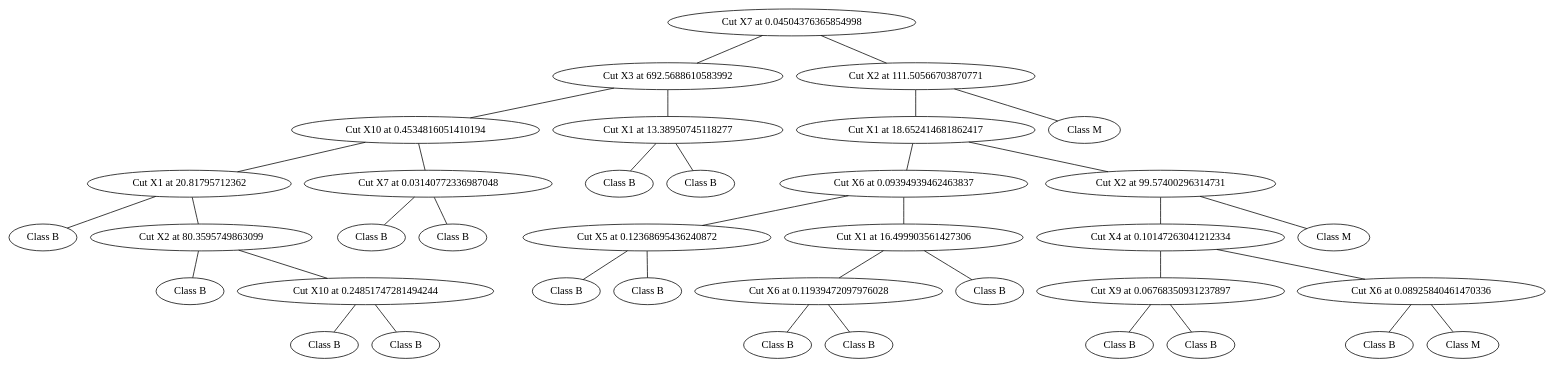
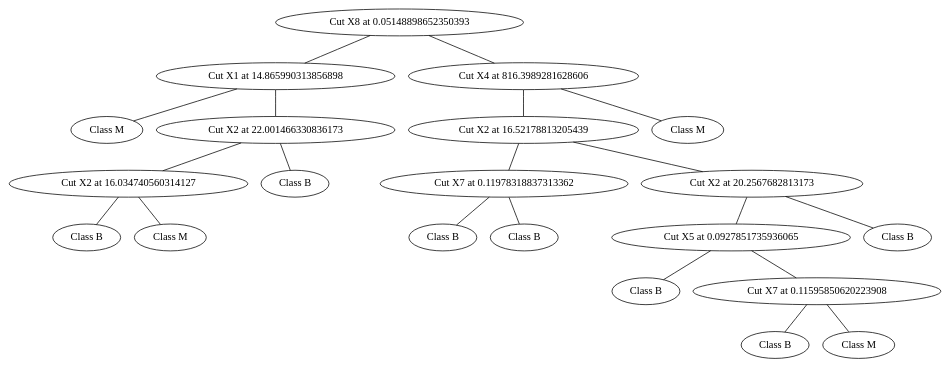
The diagram in tree.gv (realTaiYang/decision_tree), drawn with Graphviz before and after one commit. The commit also changed 3 other files, not shown here.

```diff
--- a/tree.gv
+++ b/tree.gv
@@ -1,76 +1,44 @@
 // Decision Tree
 graph {
-	1 [label="Cut X7 at 0.04504376365854998"]
-	2 [label="Cut X3 at 692.5688610583992"]
-	4 [label="Cut X10 at 0.4534816051410194"]
-	8 [label="Cut X1 at 20.81795712362"]
-	16 [label="Class B"]
-	17 [label="Cut X2 at 80.3595749863099"]
-	34 [label="Class B"]
-	35 [label="Cut X10 at 0.24851747281494244"]
-	70 [label="Class B"]
-	71 [label="Class B"]
-	9 [label="Cut X7 at 0.03140772336987048"]
-	18 [label="Class B"]
-	19 [label="Class B"]
-	5 [label="Cut X1 at 13.38950745118277"]
-	10 [label="Class B"]
+	1 [label="Cut X8 at 0.05148898652350393"]
+	2 [label="Cut X1 at 14.865990313856898"]
+	4 [label="Class M"]
+	5 [label="Cut X2 at 22.001466330836173"]
+	10 [label="Cut X2 at 16.034740560314127"]
+	20 [label="Class B"]
+	21 [label="Class M"]
 	11 [label="Class B"]
-	3 [label="Cut X2 at 111.50566703870771"]
-	6 [label="Cut X1 at 18.652414681862417"]
-	12 [label="Cut X6 at 0.09394939462463837"]
-	24 [label="Cut X5 at 0.12368695436240872"]
-	48 [label="Class B"]
-	49 [label="Class B"]
-	25 [label="Cut X1 at 16.499903561427306"]
-	50 [label="Cut X6 at 0.11939472097976028"]
-	100 [label="Class B"]
-	101 [label="Class B"]
-	51 [label="Class B"]
-	13 [label="Cut X2 at 99.57400296314731"]
-	26 [label="Cut X4 at 0.10147263041212334"]
-	52 [label="Cut X9 at 0.06768350931237897"]
-	104 [label="Class B"]
-	105 [label="Class B"]
-	53 [label="Cut X6 at 0.08925840461470336"]
+	3 [label="Cut X4 at 816.3989281628606"]
+	6 [label="Cut X2 at 16.52178813205439"]
+	12 [label="Cut X7 at 0.11978318837313362"]
+	24 [label="Class B"]
+	25 [label="Class B"]
+	13 [label="Cut X2 at 20.2567682813173"]
+	26 [label="Cut X5 at 0.0927851735936065"]
+	52 [label="Class B"]
+	53 [label="Cut X7 at 0.11595850620223908"]
 	106 [label="Class B"]
 	107 [label="Class M"]
-	27 [label="Class M"]
+	27 [label="Class B"]
 	7 [label="Class M"]
 	1 -- 2
 	1 -- 3
 	2 -- 4
 	2 -- 5
-	4 -- 8
-	4 -- 9
-	8 -- 16
-	8 -- 17
-	17 -- 34
-	17 -- 35
-	35 -- 70
-	35 -- 71
-	9 -- 18
-	9 -- 19
 	5 -- 10
 	5 -- 11
+	10 -- 20
+	10 -- 21
 	3 -- 6
 	3 -- 7
 	6 -- 12
 	6 -- 13
 	12 -- 24
 	12 -- 25
-	24 -- 48
-	24 -- 49
-	25 -- 50
-	25 -- 51
-	50 -- 100
-	50 -- 101
 	13 -- 26
 	13 -- 27
 	26 -- 52
 	26 -- 53
-	52 -- 104
-	52 -- 105
 	53 -- 106
 	53 -- 107
 }
```
